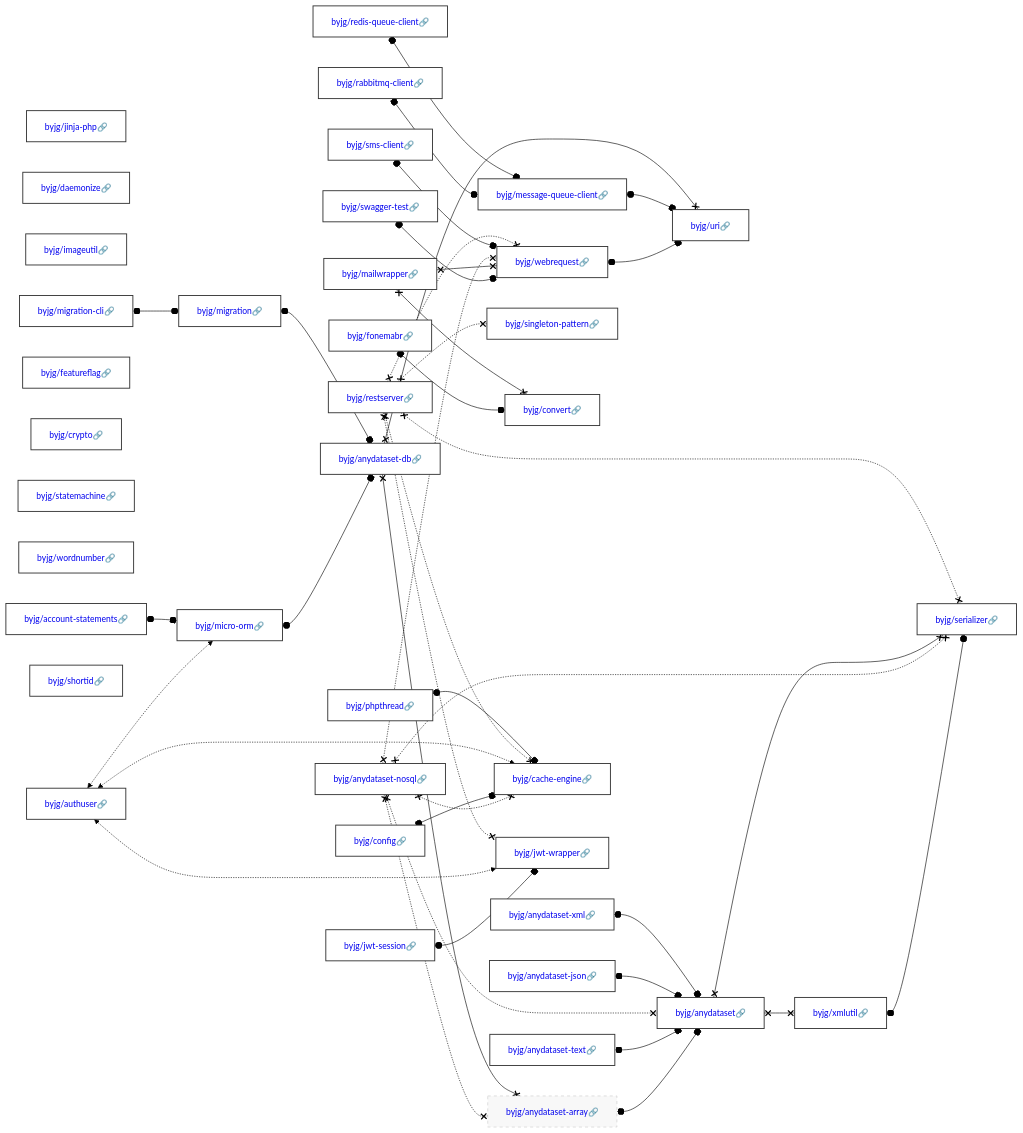
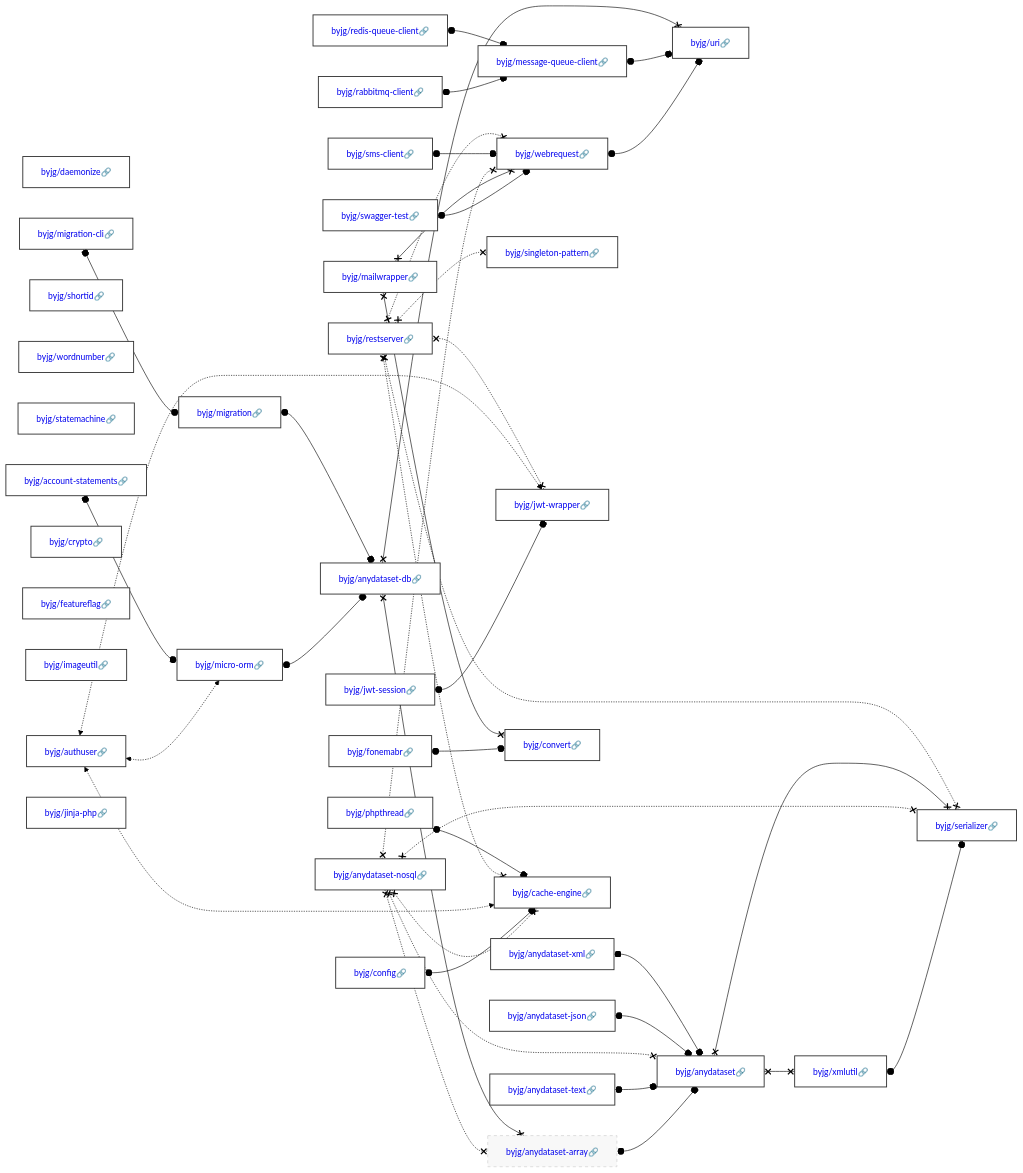
Before and after one commit to byjg/byjg.github.io: the diagram in docs/php/README.md, drawn with Mermaid (forest theme). The commit also changed other lines of this file, not shown here.

Commit message:
Update documentation 'php' 'php-message-queue-client'

````diff
--- a/docs/php/README.md
+++ b/docs/php/README.md
@@ -3,38 +3,38 @@
 ```mermaid
 graph LR;
+  byjg/daemonize[<a href='https://opensource.byjg.com/docs/php/daemonize' style='text-decoration:none'>byjg/daemonize🔗</a>];
+  byjg/fonemabr[<a href='https://opensource.byjg.com/docs/php/fonemabr' style='text-decoration:none'>byjg/fonemabr🔗</a>];
+  byjg/authuser[<a href='https://opensource.byjg.com/docs/php/authuser' style='text-decoration:none'>byjg/authuser🔗</a>];
+  byjg/shortid[<a href='https://opensource.byjg.com/docs/php/shortid' style='text-decoration:none'>byjg/shortid🔗</a>];
+  byjg/wordnumber[<a href='https://opensource.byjg.com/docs/php/wordnumber' style='text-decoration:none'>byjg/wordnumber🔗</a>];
+  byjg/restserver[<a href='https://opensource.byjg.com/docs/php/restserver' style='text-decoration:none'>byjg/restserver🔗</a>];
+  byjg/statemachine[<a href='https://opensource.byjg.com/docs/php/statemachine' style='text-decoration:none'>byjg/statemachine🔗</a>];
   byjg/anydataset-nosql[<a href='https://opensource.byjg.com/docs/php/anydataset-nosql' style='text-decoration:none'>byjg/anydataset-nosql🔗</a>];
+  byjg/account-statements[<a href='https://opensource.byjg.com/docs/php/account-statements' style='text-decoration:none'>byjg/account-statements🔗</a>];
+  byjg/crypto[<a href='https://opensource.byjg.com/docs/php/crypto' style='text-decoration:none'>byjg/crypto🔗</a>];
   byjg/redis-queue-client[<a href='https://opensource.byjg.com/docs/php/redis-queue-client' style='text-decoration:none'>byjg/redis-queue-client🔗</a>];
-  byjg/restserver[<a href='https://opensource.byjg.com/docs/php/restserver' style='text-decoration:none'>byjg/restserver🔗</a>];
+  byjg/jwt-session[<a href='https://opensource.byjg.com/docs/php/jwt-session' style='text-decoration:none'>byjg/jwt-session🔗</a>];
+  byjg/featureflag[<a href='https://opensource.byjg.com/docs/php/featureflag' style='text-decoration:none'>byjg/featureflag🔗</a>];
+  byjg/rabbitmq-client[<a href='https://opensource.byjg.com/docs/php/rabbitmq-client' style='text-decoration:none'>byjg/rabbitmq-client🔗</a>];
+  byjg/phpthread[<a href='https://opensource.byjg.com/docs/php/phpthread' style='text-decoration:none'>byjg/phpthread🔗</a>];
+  byjg/sms-client[<a href='https://opensource.byjg.com/docs/php/sms-client' style='text-decoration:none'>byjg/sms-client🔗</a>];
+  byjg/imageutil[<a href='https://opensource.byjg.com/docs/php/imageutil' style='text-decoration:none'>byjg/imageutil🔗</a>];
+  byjg/anydataset-text[<a href='https://opensource.byjg.com/docs/php/anydataset-text' style='text-decoration:none'>byjg/anydataset-text🔗</a>];
+  byjg/anydataset-xml[<a href='https://opensource.byjg.com/docs/php/anydataset-xml' style='text-decoration:none'>byjg/anydataset-xml🔗</a>];
+  byjg/migration-cli[<a href='https://opensource.byjg.com/docs/php/migration-cli' style='text-decoration:none'>byjg/migration-cli🔗</a>];
+  byjg/anydataset-json[<a href='https://opensource.byjg.com/docs/php/anydataset-json' style='text-decoration:none'>byjg/anydataset-json🔗</a>];
+  byjg/swagger-test[<a href='https://opensource.byjg.com/docs/php/swagger-test' style='text-decoration:none'>byjg/swagger-test🔗</a>];
   byjg/jinja-php[<a href='https://opensource.byjg.com/docs/php/jinja-php' style='text-decoration:none'>byjg/jinja-php🔗</a>];
-  byjg/daemonize[<a href='https://opensource.byjg.com/docs/php/daemonize' style='text-decoration:none'>byjg/daemonize🔗</a>];
-  byjg/imageutil[<a href='https://opensource.byjg.com/docs/php/imageutil' style='text-decoration:none'>byjg/imageutil🔗</a>];
   byjg/mailwrapper[<a href='https://opensource.byjg.com/docs/php/mailwrapper' style='text-decoration:none'>byjg/mailwrapper🔗</a>];
-  byjg/migration-cli[<a href='https://opensource.byjg.com/docs/php/migration-cli' style='text-decoration:none'>byjg/migration-cli🔗</a>];
-  byjg/featureflag[<a href='https://opensource.byjg.com/docs/php/featureflag' style='text-decoration:none'>byjg/featureflag🔗</a>];
-  byjg/crypto[<a href='https://opensource.byjg.com/docs/php/crypto' style='text-decoration:none'>byjg/crypto🔗</a>];
-  byjg/statemachine[<a href='https://opensource.byjg.com/docs/php/statemachine' style='text-decoration:none'>byjg/statemachine🔗</a>];
-  byjg/anydataset-json[<a href='https://opensource.byjg.com/docs/php/anydataset-json' style='text-decoration:none'>byjg/anydataset-json🔗</a>];
-  byjg/fonemabr[<a href='https://opensource.byjg.com/docs/php/fonemabr' style='text-decoration:none'>byjg/fonemabr🔗</a>];
-  byjg/wordnumber[<a href='https://opensource.byjg.com/docs/php/wordnumber' style='text-decoration:none'>byjg/wordnumber🔗</a>];
-  byjg/account-statements[<a href='https://opensource.byjg.com/docs/php/account-statements' style='text-decoration:none'>byjg/account-statements🔗</a>];
-  byjg/rabbitmq-client[<a href='https://opensource.byjg.com/docs/php/rabbitmq-client' style='text-decoration:none'>byjg/rabbitmq-client🔗</a>];
   byjg/config[<a href='https://opensource.byjg.com/docs/php/config' style='text-decoration:none'>byjg/config🔗</a>];
-  byjg/anydataset-xml[<a href='https://opensource.byjg.com/docs/php/anydataset-xml' style='text-decoration:none'>byjg/anydataset-xml🔗</a>];
-  byjg/shortid[<a href='https://opensource.byjg.com/docs/php/shortid' style='text-decoration:none'>byjg/shortid🔗</a>];
-  byjg/phpthread[<a href='https://opensource.byjg.com/docs/php/phpthread' style='text-decoration:none'>byjg/phpthread🔗</a>];
-  byjg/anydataset-text[<a href='https://opensource.byjg.com/docs/php/anydataset-text' style='text-decoration:none'>byjg/anydataset-text🔗</a>];
-  byjg/sms-client[<a href='https://opensource.byjg.com/docs/php/sms-client' style='text-decoration:none'>byjg/sms-client🔗</a>];
-  byjg/swagger-test[<a href='https://opensource.byjg.com/docs/php/swagger-test' style='text-decoration:none'>byjg/swagger-test🔗</a>];
-  byjg/authuser[<a href='https://opensource.byjg.com/docs/php/authuser' style='text-decoration:none'>byjg/authuser🔗</a>];
-  byjg/jwt-session[<a href='https://opensource.byjg.com/docs/php/jwt-session' style='text-decoration:none'>byjg/jwt-session🔗</a>];
   byjg/singleton-pattern[<a href='https://opensource.byjg.com/docs/php/singleton-pattern' style='text-decoration:none'>byjg/singleton-pattern🔗</a>];
+  byjg/micro-orm[<a href='https://opensource.byjg.com/docs/php/micro-orm' style='text-decoration:none'>byjg/micro-orm🔗</a>];
+  byjg/jwt-wrapper[<a href='https://opensource.byjg.com/docs/php/jwt-wrapper' style='text-decoration:none'>byjg/jwt-wrapper🔗</a>];
+  byjg/message-queue-client[<a href='https://opensource.byjg.com/docs/php/message-queue-client' style='text-decoration:none'>byjg/message-queue-client🔗</a>];
   byjg/migration[<a href='https://opensource.byjg.com/docs/php/migration' style='text-decoration:none'>byjg/migration🔗</a>];
   byjg/convert[<a href='https://opensource.byjg.com/docs/php/convert' style='text-decoration:none'>byjg/convert🔗</a>];
-  byjg/message-queue-client[<a href='https://opensource.byjg.com/docs/php/message-queue-client' style='text-decoration:none'>byjg/message-queue-client🔗</a>];
   byjg/webrequest[<a href='https://opensource.byjg.com/docs/php/webrequest' style='text-decoration:none'>byjg/webrequest🔗</a>];
-  byjg/micro-orm[<a href='https://opensource.byjg.com/docs/php/micro-orm' style='text-decoration:none'>byjg/micro-orm🔗</a>];
   byjg/cache-engine[<a href='https://opensource.byjg.com/docs/php/cache-engine' style='text-decoration:none'>byjg/cache-engine🔗</a>];
-  byjg/jwt-wrapper[<a href='https://opensource.byjg.com/docs/php/jwt-wrapper' style='text-decoration:none'>byjg/jwt-wrapper🔗</a>];
   byjg/anydataset-db[<a href='https://opensource.byjg.com/docs/php/anydataset-db' style='text-decoration:none'>byjg/anydataset-db🔗</a>];
   byjg/anydataset-array[<a href='https://opensource.byjg.com/docs/php/anydataset-array' style='text-decoration:none'>byjg/anydataset-array🔗</a>];
   byjg/uri[<a href='https://opensource.byjg.com/docs/php/uri' style='text-decoration:none'>byjg/uri🔗</a>];
````
